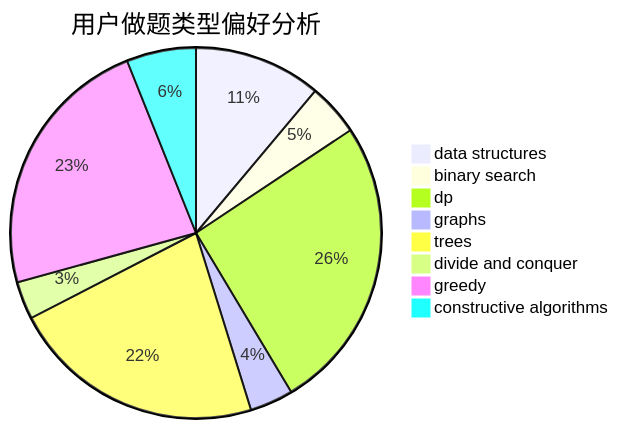
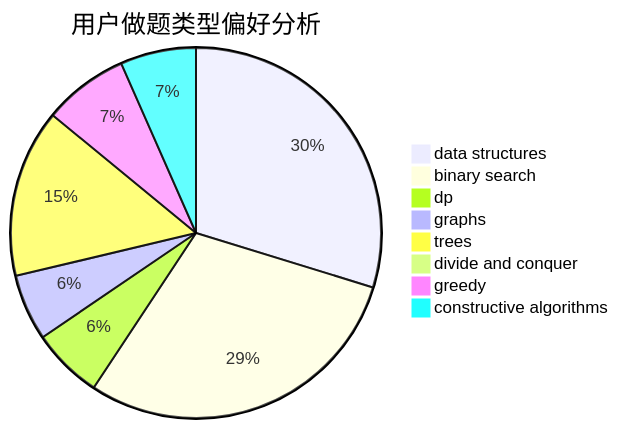
One commit to sherpahu/cfrs.github.io changed the second of 3 diagrams in docs/user/u1124.md. Above: the diagram before and after it, drawn with Mermaid. The commit also changed other lines of this file and 2770 other files, not shown here.

````diff
--- a/docs/user/u1124.md
+++ b/docs/user/u1124.md
@@ -23,11 +23,11 @@
 ```mermaid
 pie title 用户做题类型偏好分析
-    "data structures" :  44
-    "binary search" :  18
-    "dp" :  102
-    "graphs" :  15
-    "trees" :  88
-    "divide and conquer" :  13
-    "greedy" :  92
-    "constructive algorithms" :  24
+    "data structures" :  144
+    "binary search" :  143
+    "dp" :  30
+    "graphs" :  28
+    "trees" :  71
+    "divide and conquer" :  1
+    "greedy" :  36
+    "constructive algorithms" :  32
 ```
````
